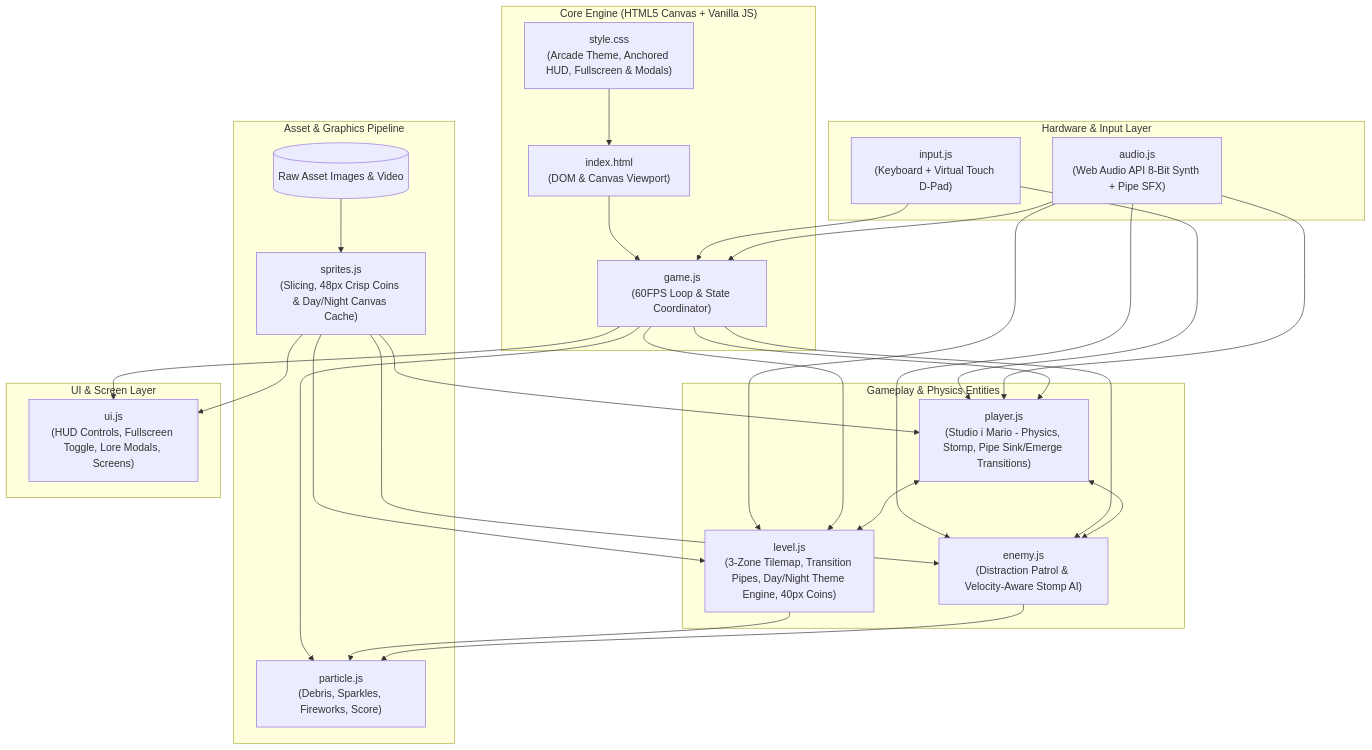
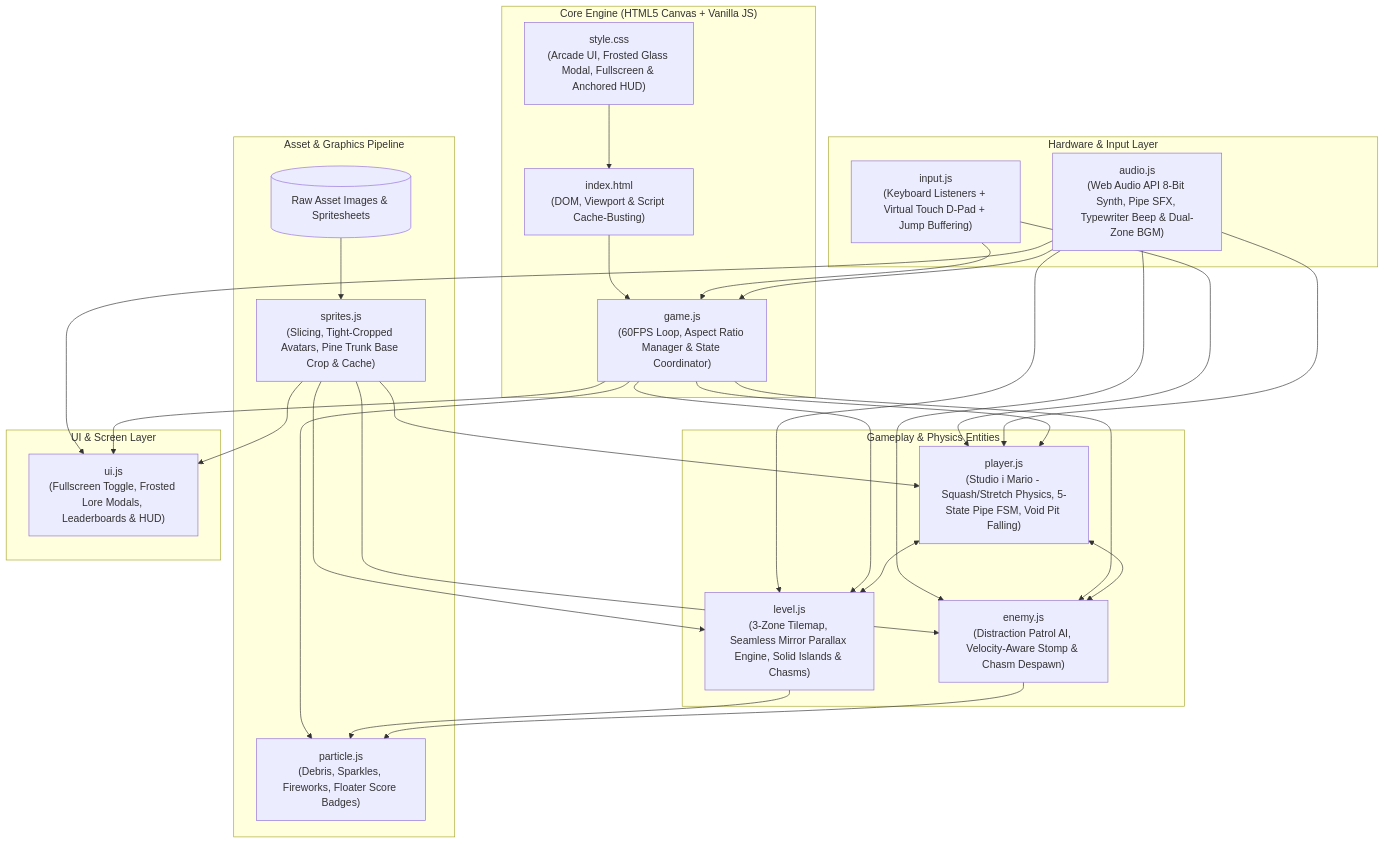
One commit to govindgautam-glitch/mario-game changed the first of 5 diagrams in project_summary_graph.md. Above: the diagram before and after it, drawn with Mermaid. The commit also changed other lines of this file and 9 other files, not shown here.

Commit message:
feat: complete 5-state pipe transition with canvas clipping, seamless parallax mirror tiling, and frosted venture modal

````diff
--- a/project_summary_graph.md
+++ b/project_summary_graph.md
@@ -9,56 +9,57 @@
 ```mermaid
 graph TD
     subgraph "Core Engine (HTML5 Canvas + Vanilla JS)"
-        Index["index.html<br/>(DOM & Canvas Viewport)"]
-        CSS["style.css<br/>(Arcade Theme, Anchored HUD, Fullscreen & Modals)"]
-        Game["game.js<br/>(60FPS Loop & State Coordinator)"]
+        Index["index.html<br/>(DOM, Viewport & Script Cache-Busting)"]
+        CSS["style.css<br/>(Arcade UI, Frosted Glass Modal, Fullscreen & Anchored HUD)"]
+        Game["game.js<br/>(60FPS Loop, Aspect Ratio Manager & State Coordinator)"]
     end
 
     subgraph "Hardware & Input Layer"
-        Input["input.js<br/>(Keyboard + Virtual Touch D-Pad)"]
-        Audio["audio.js<br/>(Web Audio API 8-Bit Synth + Pipe SFX)"]
+        Input["input.js<br/>(Keyboard Listeners + Virtual Touch D-Pad + Jump Buffering)"]
+        Audio["audio.js<br/>(Web Audio API 8-Bit Synth, Pipe SFX, Typewriter Beep & Dual-Zone BGM)"]
     end
 
     subgraph "Asset & Graphics Pipeline"
-        Assets[("Raw Asset Images & Video")]
-        Sprites["sprites.js<br/>(Slicing, 48px Crisp Coins & Day/Night Canvas Cache)"]
-        Particles["particle.js<br/>(Debris, Sparkles, Fireworks, Score)"]
+        Assets[("Raw Asset Images & Spritesheets")]
+        Sprites["sprites.js<br/>(Slicing, Tight-Cropped Avatars, Pine Trunk Base Crop & Cache)"]
+        Particles["particle.js<br/>(Debris, Sparkles, Fireworks, Floater Score Badges)"]
     end
 
     subgraph "Gameplay & Physics Entities"
-        Player["player.js<br/>(Studio i Mario - Physics, Stomp, Pipe Sink/Emerge Transitions)"]
-        Enemy["enemy.js<br/>(Distraction Patrol & Velocity-Aware Stomp AI)"]
-        Level["level.js<br/>(3-Zone Tilemap, Transition Pipes, Day/Night Theme Engine, 40px Coins)"]
+        Player["player.js<br/>(Studio i Mario - Squash/Stretch Physics, 5-State Pipe FSM, Void Pit Falling)"]
+        Enemy["enemy.js<br/>(Distraction Patrol AI, Velocity-Aware Stomp & Chasm Despawn)"]
+        Level["level.js<br/>(3-Zone Tilemap, Seamless Mirror Parallax Engine, Solid Islands & Chasms)"]
     end
 
     subgraph "UI & Screen Layer"
-        UI["ui.js<br/>(HUD Controls, Fullscreen Toggle, Lore Modals, Screens)"]
+        UI["ui.js<br/>(Fullscreen Toggle, Frosted Lore Modals, Leaderboards & HUD)"]
     end
 
     %% Connections
     Index --> Game
     CSS --> Index
     Assets --> Sprites
     Sprites --> Player
     Sprites --> Enemy
     Sprites --> Level
     Sprites --> UI
 
     Input --> Game
     Input --> Player
     Audio --> Game
     Audio --> Player
     Audio --> Enemy
     Audio --> Level
+    Audio --> UI
 
     Game --> Player
     Game --> Enemy
     Game --> Level
     Game --> Particles
     Game --> UI
 
     Player <--> Level
     Player <--> Enemy
     Level --> Particles
     Enemy --> Particles
 ```
````
